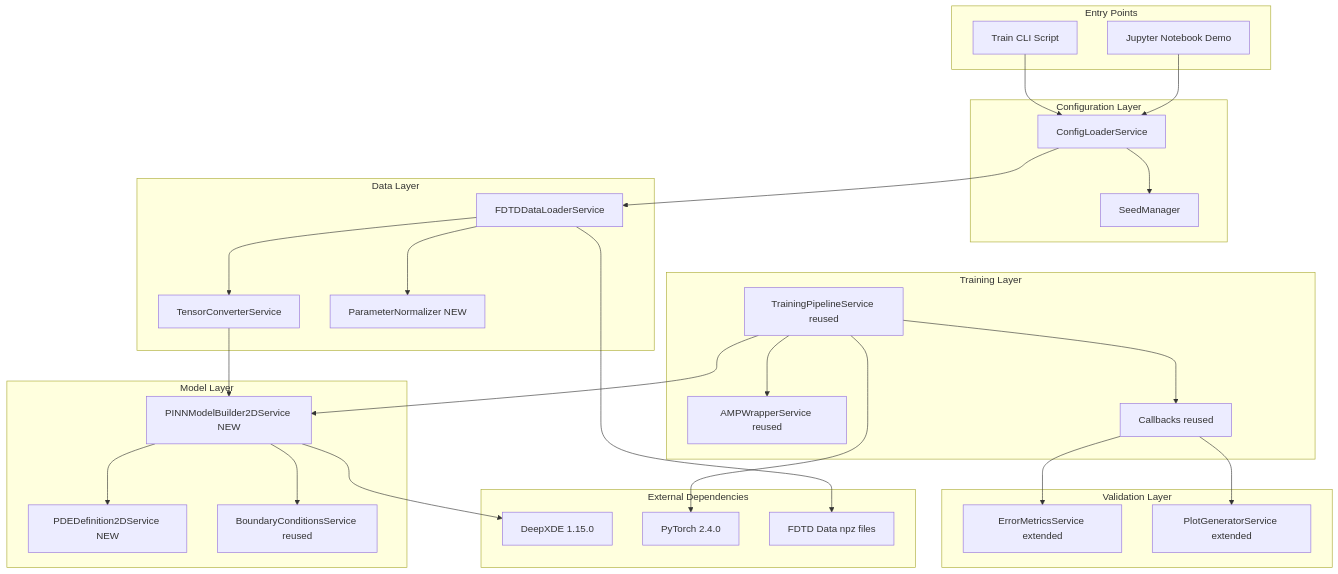
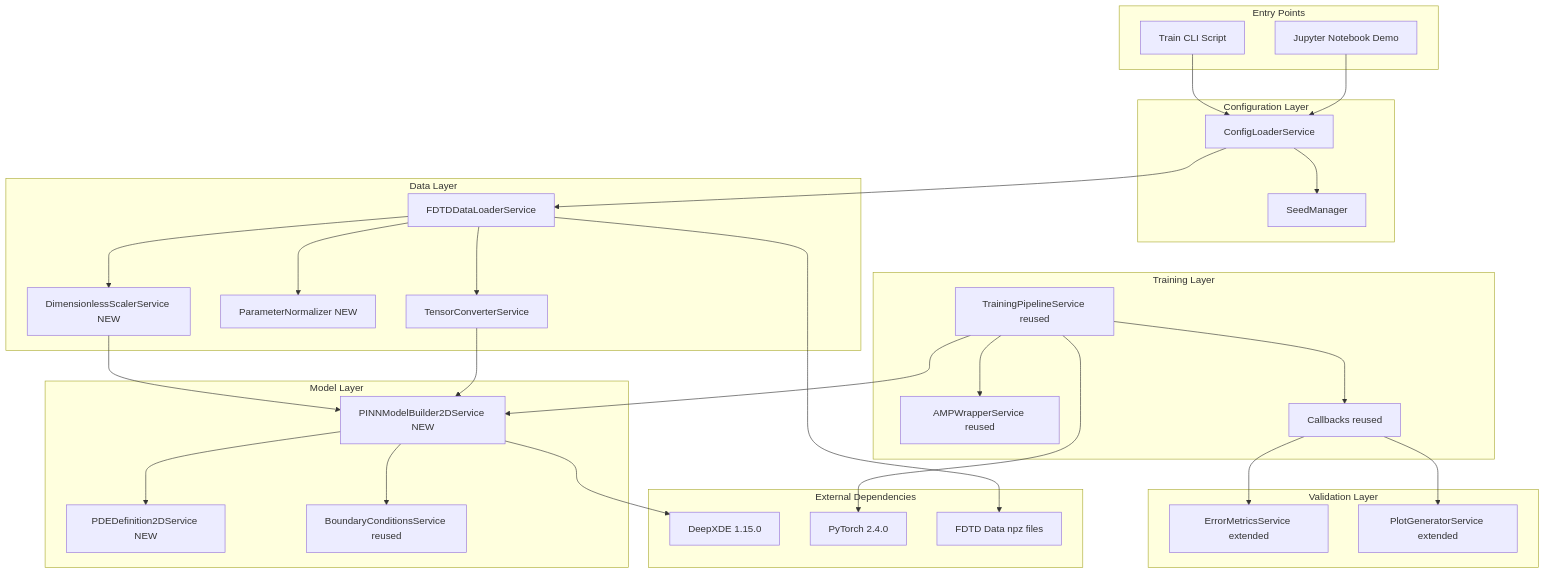
Before and after one commit to FujiiKotaro/PINN: the first of 3 diagrams in .kiro/specs/pinn-2d-fdtd-integration/design.md, drawn with Mermaid. The commit also changed other lines of this file and 61 other files, not shown here.

````diff
--- a/.kiro/specs/pinn-2d-fdtd-integration/design.md
+++ b/.kiro/specs/pinn-2d-fdtd-integration/design.md
@@ -52,59 +52,62 @@
 ```mermaid
 graph TB
     subgraph "Entry Points"
         CLI[Train CLI Script]
         NB[Jupyter Notebook Demo]
     end
 
     subgraph "Configuration Layer"
         Config[ConfigLoaderService]
         Seed[SeedManager]
     end
 
     subgraph "Data Layer"
         FDTDLoader[FDTDDataLoaderService]
         TensorConv[TensorConverterService]
         ParamNorm[ParameterNormalizer NEW]
+        Scaler[DimensionlessScalerService NEW]
     end
 
     subgraph "Model Layer"
         Builder[PINNModelBuilder2DService NEW]
         PDE[PDEDefinition2DService NEW]
         BC[BoundaryConditionsService reused]
     end
 
     subgraph "Training Layer"
         Pipeline[TrainingPipelineService reused]
         AMP[AMPWrapperService reused]
         Callbacks[Callbacks reused]
     end
 
     subgraph "Validation Layer"
         Metrics[ErrorMetricsService extended]
         Plots[PlotGeneratorService extended]
     end
 
     subgraph "External Dependencies"
         DeepXDE[DeepXDE 1.15.0]
         PyTorch[PyTorch 2.4.0]
         FDTD[FDTD Data npz files]
     end
 
     CLI --> Config
     NB --> Config
     Config --> Seed
     Config --> FDTDLoader
     FDTDLoader --> TensorConv
     FDTDLoader --> ParamNorm
+    FDTDLoader --> Scaler
+    Scaler --> Builder
     TensorConv --> Builder
     Builder --> PDE
     Builder --> BC
     Builder --> DeepXDE
     Pipeline --> Builder
     Pipeline --> AMP
     Pipeline --> Callbacks
     Pipeline --> PyTorch
     Callbacks --> Metrics
     Callbacks --> Plots
     FDTDLoader --> FDTD
 ```
````
